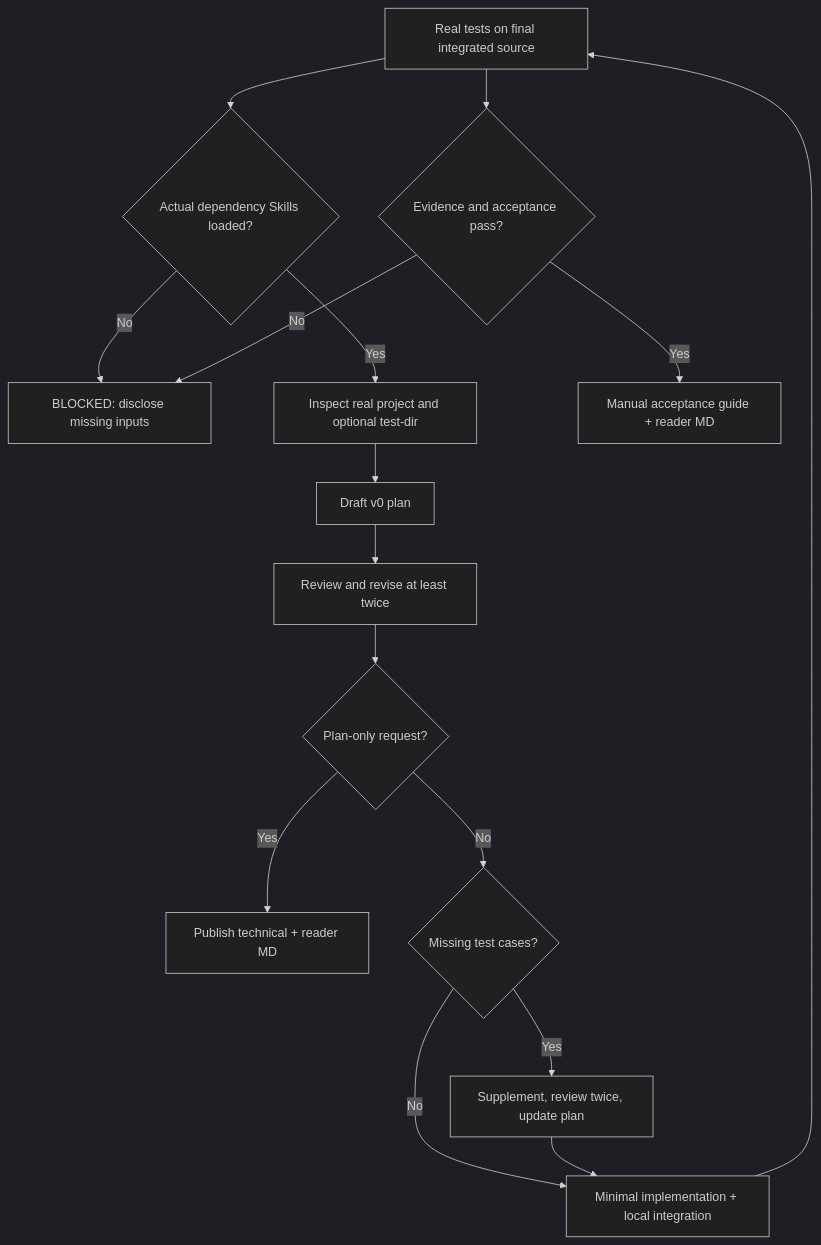
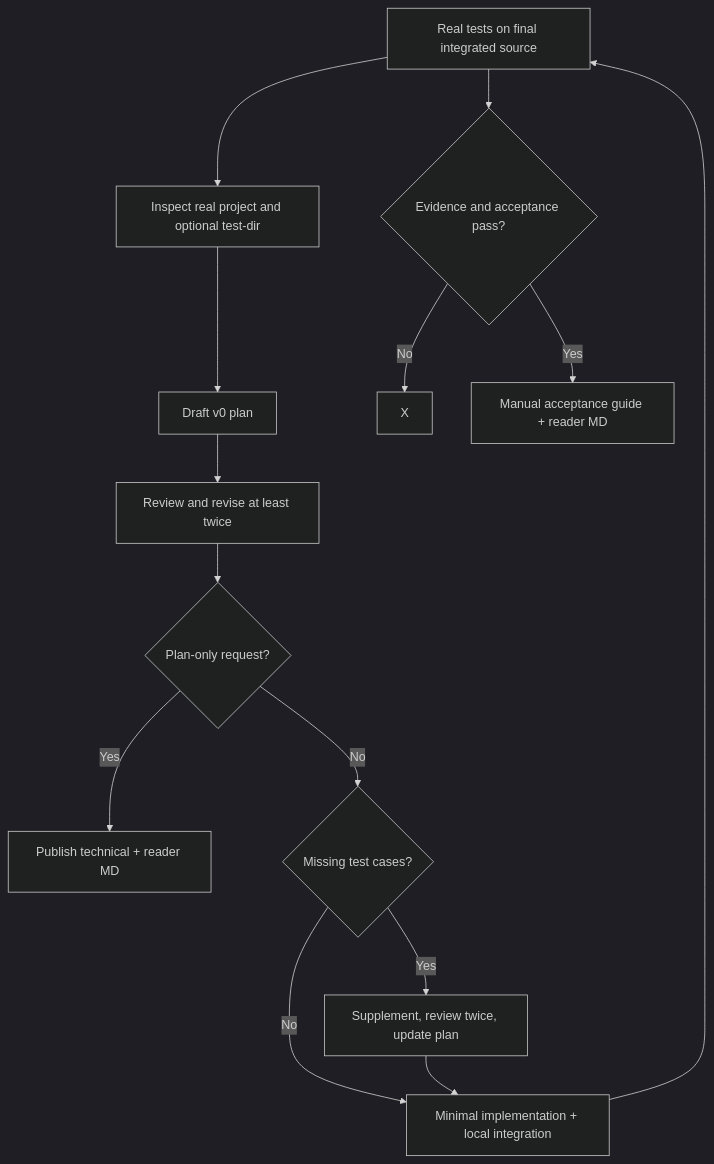
One commit to yeqiana/plan-ship changed the diagram in docs/architecture.md. Above: the diagram before and after it, drawn with Mermaid (dark theme). The commit also changed other lines of this file and 32 other files, not shown here.

````diff
--- a/docs/architecture.md
+++ b/docs/architecture.md
@@ -5,18 +5,16 @@
 ```mermaid
 flowchart TD
-    A[Codex or Claude invokes PlanShip] --> S{Actual dependency Skills loaded?}
-    S -- No --> X[BLOCKED: disclose missing inputs]
-    S -- Yes --> I[Inspect real project and optional test-dir]
+    A[Codex or Claude invokes PlanShip] --> I[Inspect real project and optional test-dir]
     I --> P[Draft v0 plan]
     P --> R[Review and revise at least twice]
     R --> G{Plan-only request?}
     G -- Yes --> D[Publish technical + reader MD]
     G -- No --> T{Missing test cases?}
     T -- Yes --> T2[Supplement, review twice, update plan]
     T -- No --> B[Minimal implementation + local integration]
     T2 --> B
     B --> A[Real tests on final integrated source]
     A --> V{Evidence and acceptance pass?}
     V -- No --> X
     V -- Yes --> M[Manual acceptance guide + reader MD]
 ```
````
